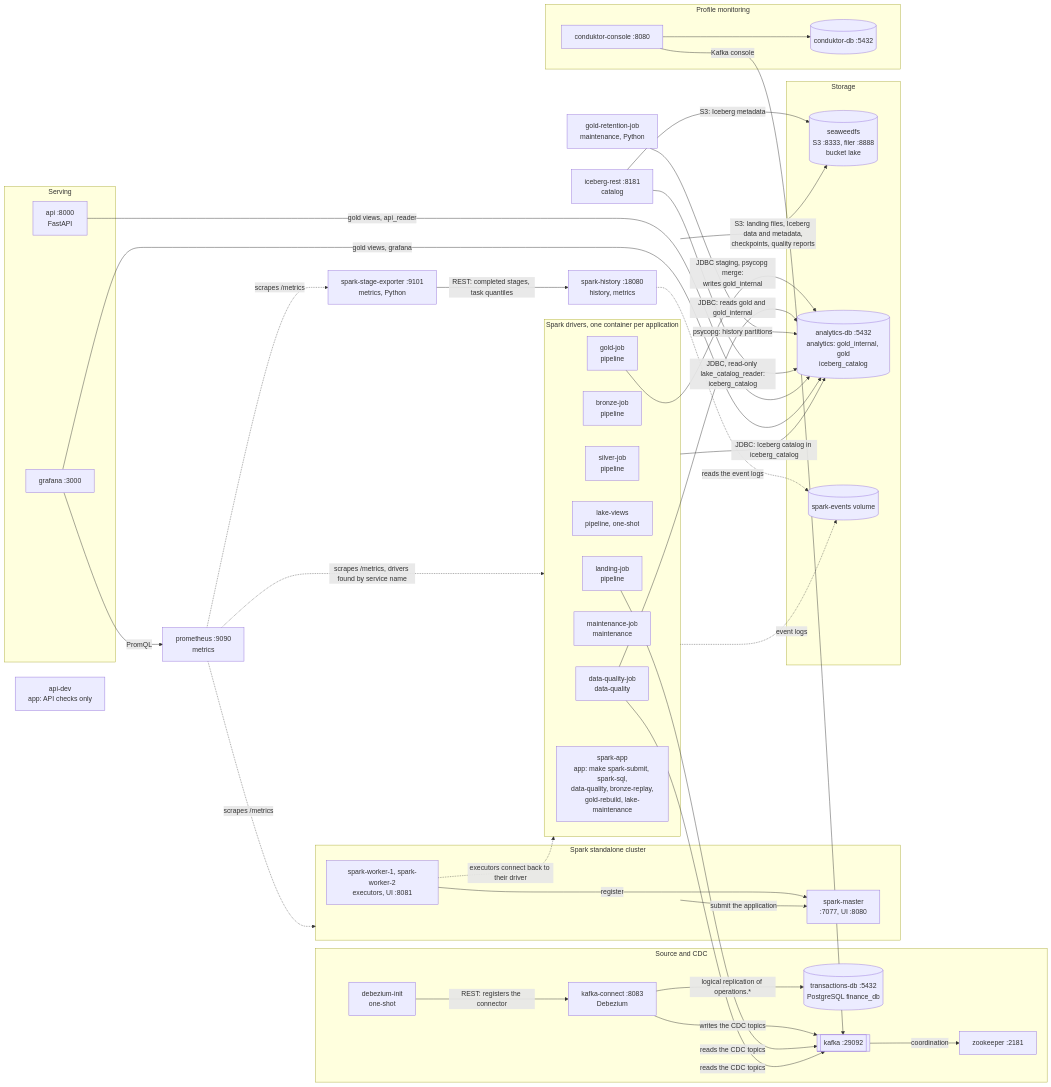
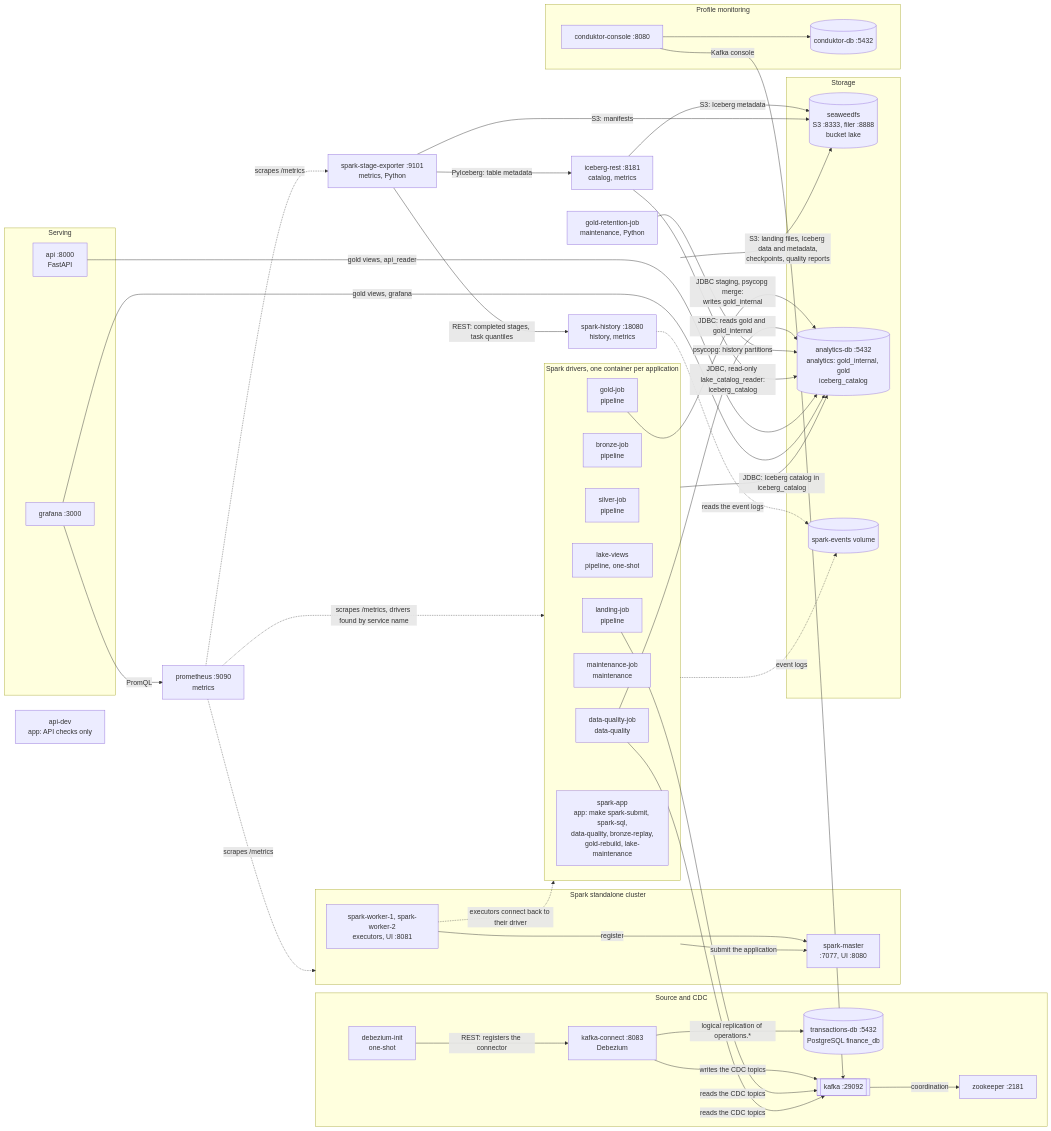
One commit to jonathan5p/deel-home-task changed the first of 4 diagrams in docs/architecture/overview.md. Above: the diagram before and after it, drawn with Mermaid. The commit also changed other lines of this file and 11 other files, not shown here.

Commit message:
docs(metrics): document the Iceberg table statistics and their dashboard

```diff
--- a/docs/architecture/overview.md
+++ b/docs/architecture/overview.md
@@ -81,7 +81,7 @@
     end
 
     retention["gold-retention-job<br/>maintenance, Python"]
-    rest["iceberg-rest :8181<br/>catalog"]
+    rest["iceberg-rest :8181<br/>catalog, metrics"]
     history["spark-history :18080<br/>history, metrics"]
     prometheus["prometheus :9090<br/>metrics"]
     stageexp["spark-stage-exporter :9101<br/>metrics, Python"]
@@ -126,6 +126,8 @@
     prometheus -. "scrapes /metrics" .-> cluster
     prometheus -. "scrapes /metrics" .-> stageexp
     stageexp -- "REST: completed stages, task quantiles" --> history
+    stageexp -- "PyIceberg: table metadata" --> rest
+    stageexp -- "S3: manifests" --> s3
 
     conduktor -- "Kafka console" --> kafka
     conduktor --> cdb
```
